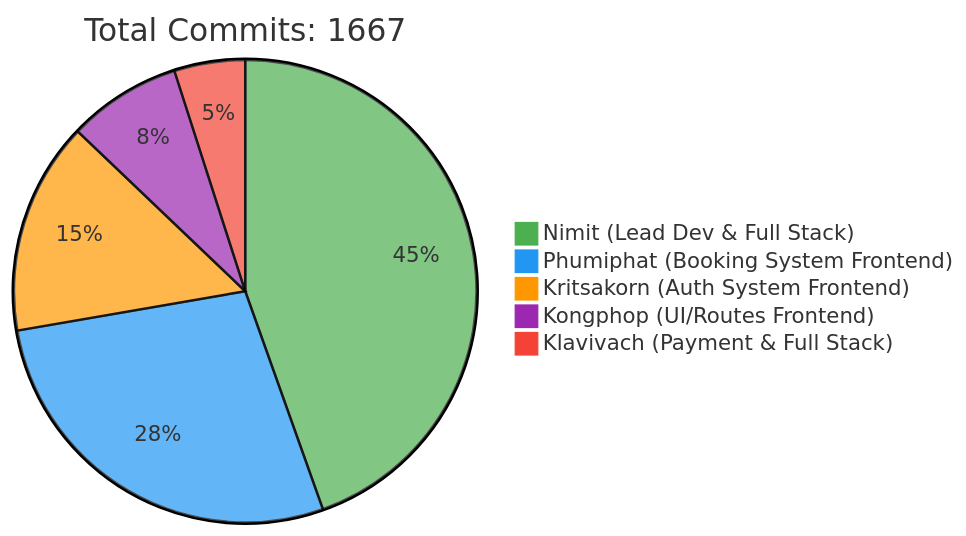
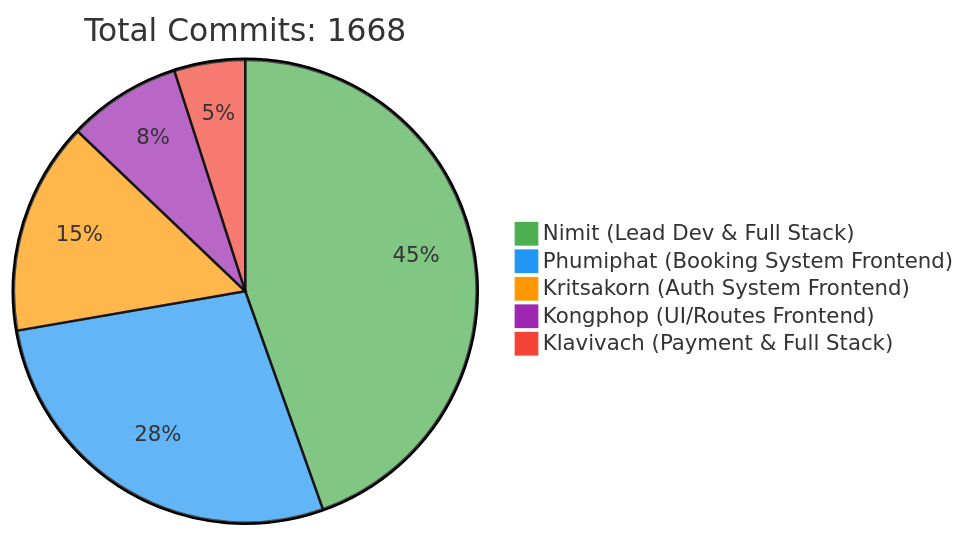
The first of 2 diagrams in README.md (6531503042/Sport-Complex), drawn with Mermaid before and after one commit. The commit also changed other lines of this file, not shown here.

Commit message:
docs: Update contributor statistics [skip ci]

````diff
--- a/README.md
+++ b/README.md
@@ -257,10 +257,10 @@
 ```mermaid
 %%{init: {'theme': 'base', 'themeVariables': { 'pie1': '#4CAF50', 'pie2': '#2196F3', 'pie3': '#FF9800', 'pie4': '#9C27B0', 'pie5': '#F44336'}}}%%
 pie
-    title Total Commits: 1667
+    title Total Commits: 1668
     "Nimit (Lead Dev & Full Stack)" : 450
     "Phumiphat (Booking System Frontend)" : 280
     "Kritsakorn (Auth System Frontend)" : 150
     "Kongphop (UI/Routes Frontend)" : 80
     "Klavivach (Payment & Full Stack)" : 50
 ```
````
